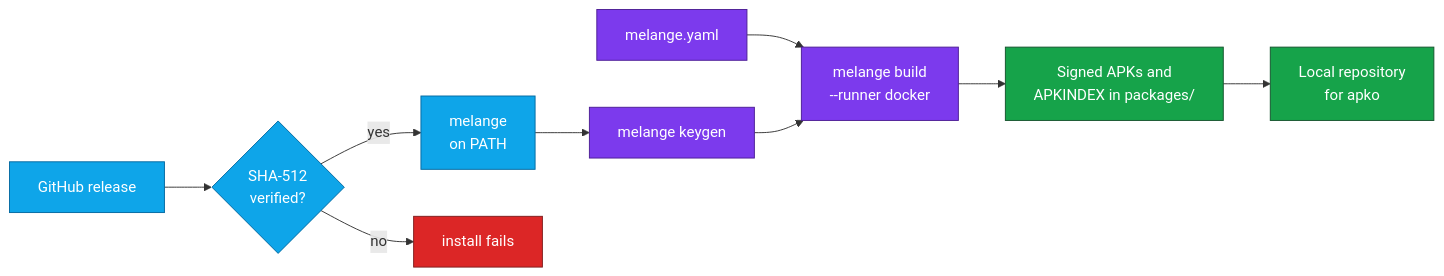
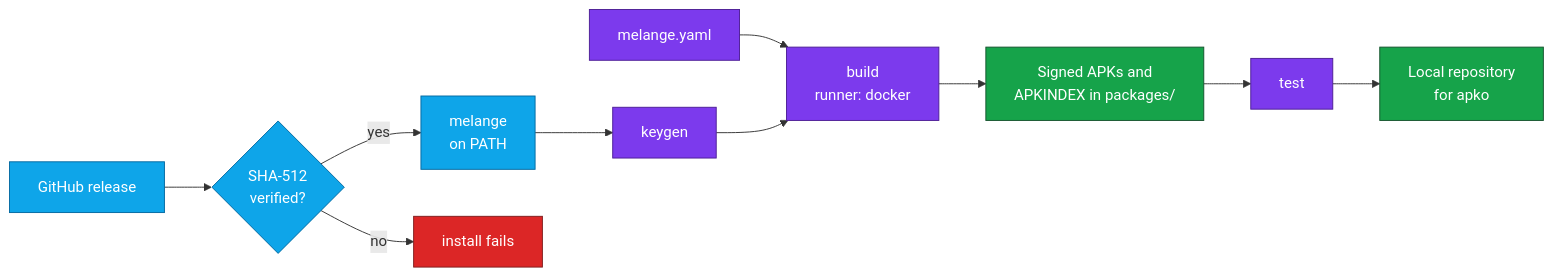
One commit to juburr/melange-orb changed the first of 2 diagrams in README.md. Above: the diagram before and after it, drawn with Mermaid. The commit also changed other lines of this file and 23 other files, not shown here.

First line of the commit message:
feat: keygen, build, test and index commands and actions (1.3.0) (#36)

````diff
--- a/README.md
+++ b/README.md
@@ -68,20 +68,21 @@
 ```mermaid
 flowchart LR
     gh["GitHub release"] --> sha{"SHA-512<br/>verified?"}
     sha -- yes --> bin["melange<br/>on PATH"]
     sha -- no --> stop["install fails"]
-    bin --> keygen["melange keygen"]
-    yaml["melange.yaml"] --> build["melange build<br/>--runner docker"]
+    bin --> keygen["keygen"]
+    yaml["melange.yaml"] --> build["build<br/>runner: docker"]
     keygen --> build
     build --> apks["Signed APKs and<br/>APKINDEX in packages/"]
-    apks --> apko["Local repository<br/>for apko"]
+    apks --> test["test"]
+    test --> apko["Local repository<br/>for apko"]
 
     classDef install fill:#0EA5E9,stroke:#0369A1,color:#FFFFFF
     classDef tool fill:#7C3AED,stroke:#4C1D95,color:#FFFFFF
     classDef good fill:#16A34A,stroke:#14532D,color:#FFFFFF
     classDef bad fill:#DC2626,stroke:#7F1D1D,color:#FFFFFF
     class gh,sha,bin install
-    class keygen,yaml,build tool
+    class keygen,yaml,build,test tool
     class apks,apko good
     class stop bad
 ```
````
